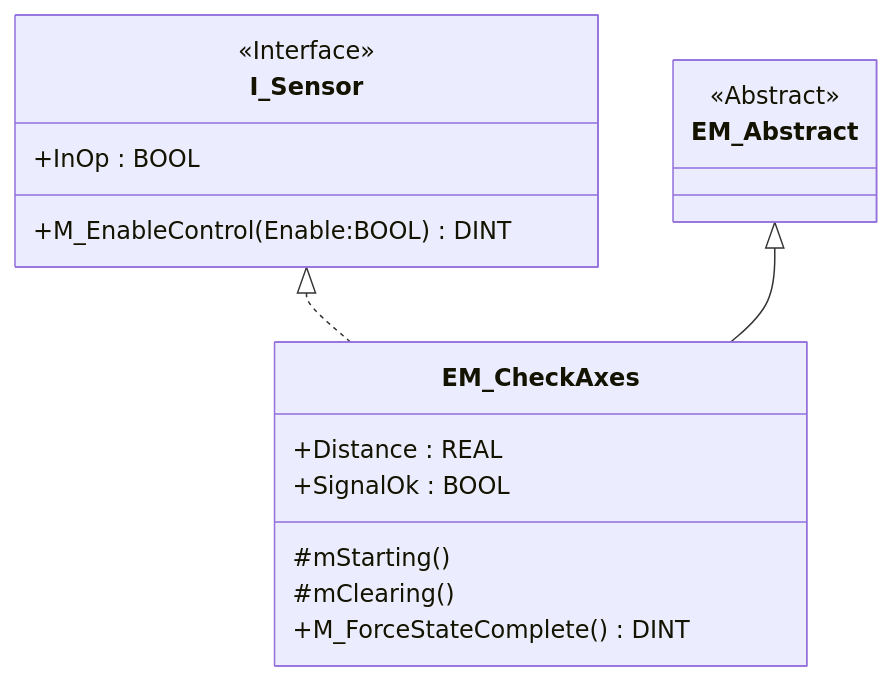
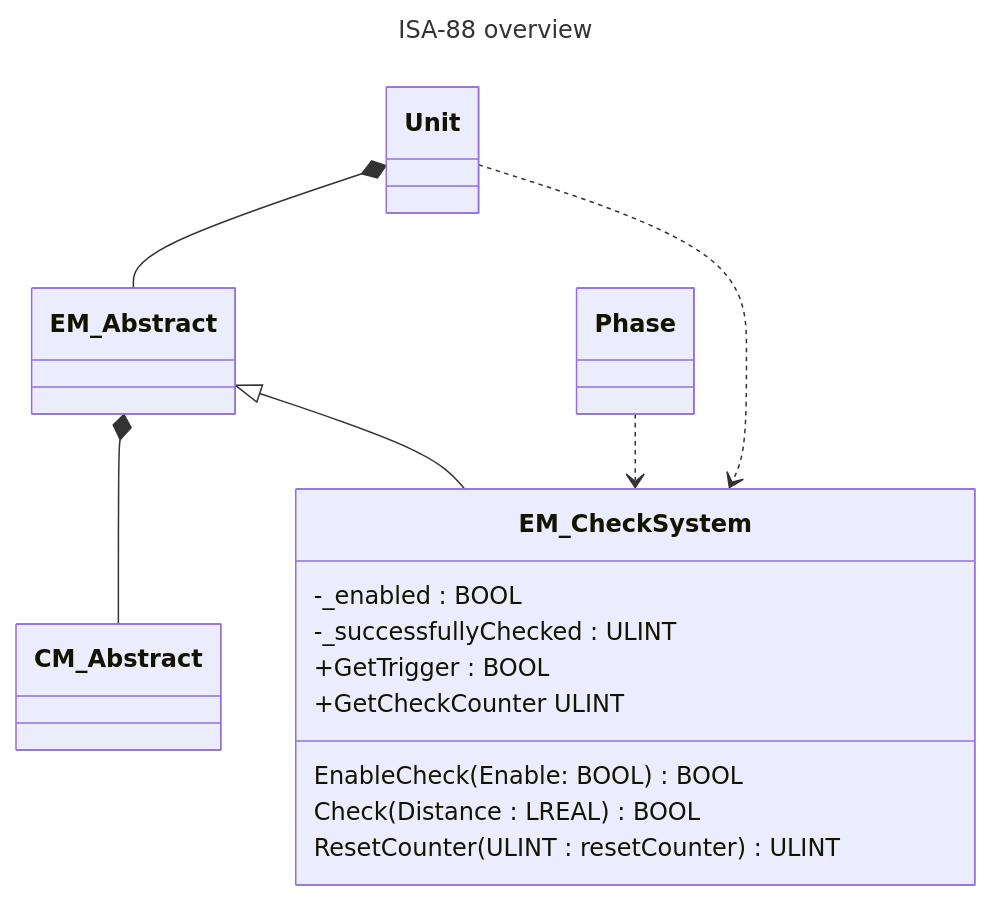
The diagram in README.md (hei-synd-aaut/aaut_lab_02_2026), drawn with Mermaid before and after one commit. The commit also changed other lines of this file and 1 other file, not shown here.

````diff
--- a/README.md
+++ b/README.md
@@ -124,25 +20,24 @@
 ```mermaid
+---
+title: ISA-88 overview
+---
 classDiagram
-    class I_Sensor {
-      <<Interface>>
-        +InOp : BOOL
-        +M_EnableControl(Enable:BOOL) DINT
-    }
 
-    class EM_Abstract {
-      <<Abstract>>
-    }
+    Unit *-- EM_Abstract
+    EM_Abstract *-- CM_Abstract
+    EM_Abstract <|-- EM_CheckSystem    
 
+    Phase ..> EM_CheckSystem
+    Unit ..> EM_CheckSystem
 
-    class EM_CheckAxes {
-        +Distance : REAL
-        +SignalOk : BOOL
-        #mStarting()
-        #mClearing()
-        +M_ForceStateComplete() DINT
-    }
+    class EM_CheckSystem{
+        -_enabled : BOOL
+        -_successfullyChecked : ULINT
+        +GetTrigger : BOOL
+        +GetCheckCounter ULINT
+        EnableCheck(Enable: BOOL) BOOL
+        Check(Distance : LREAL) BOOL
+        ResetCounter(ULINT : resetCounter) ULINT
+    }    
 
-    I_Sensor <|.. EM_CheckAxes
-    EM_Abstract <|-- EM_CheckAxes
-   
 ```
````
